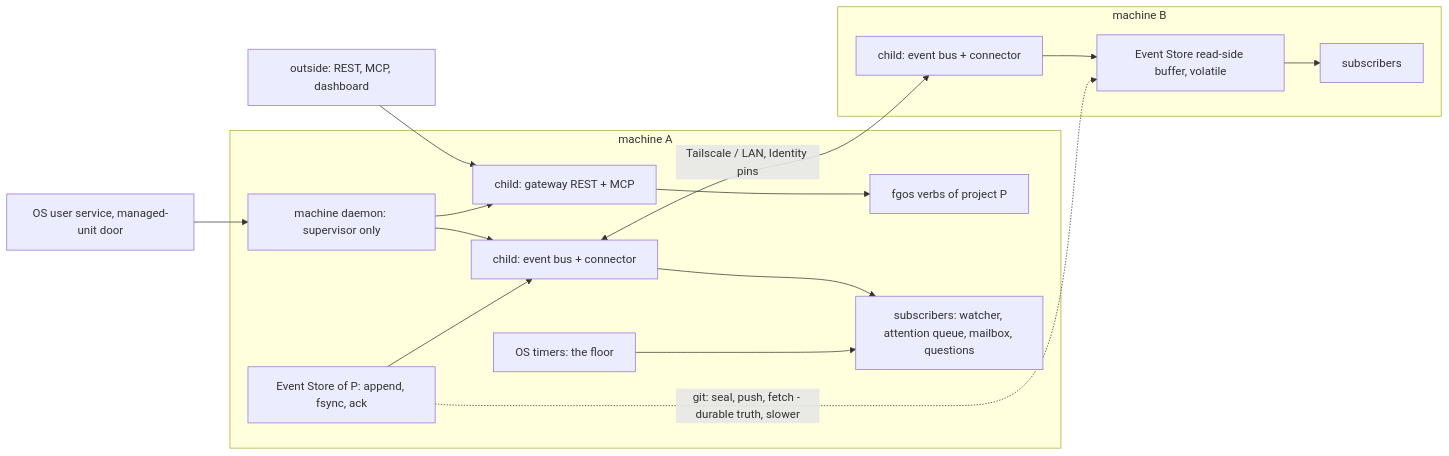
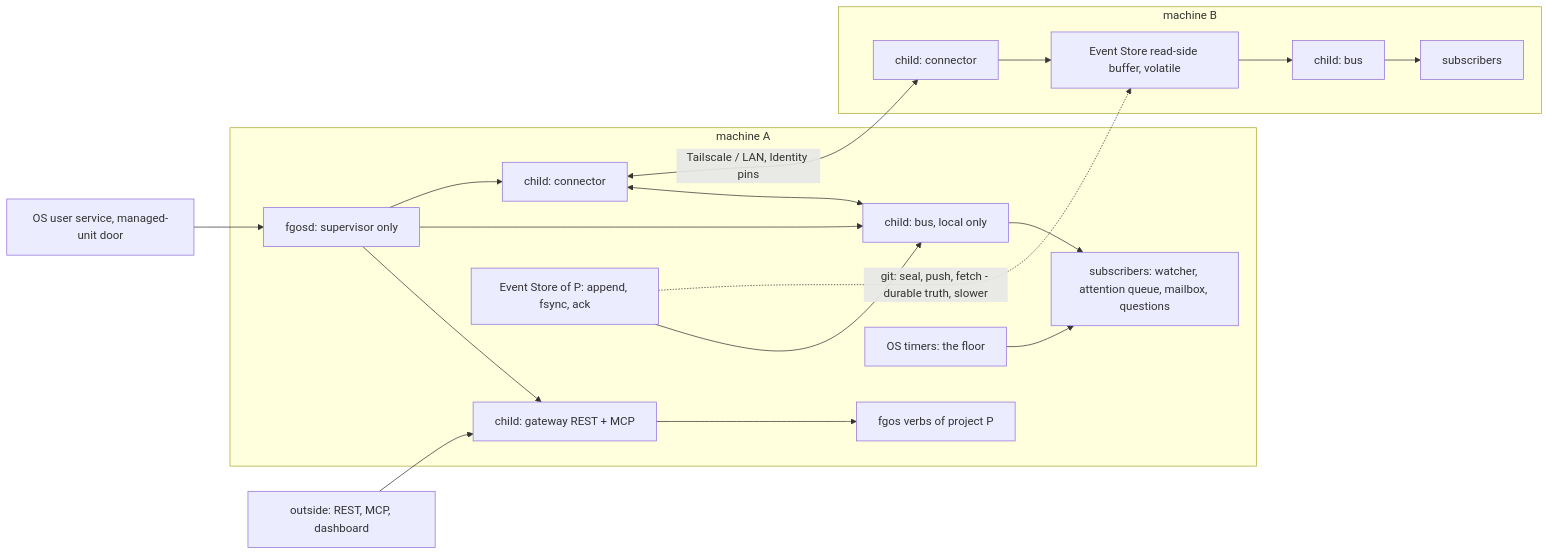
Before and after one commit to vantt/forgent: the diagram in plans/discussions/ds-64l3h22msc-gateway-cluster/DISCUSSION.md, drawn with Mermaid. The commit also changed other lines of this file, not shown here.

Commit message:
discussion(gateway-cluster): fgosd supervises gateway, bus and connector as three children

````diff
--- a/plans/discussions/ds-64l3h22msc-gateway-cluster/DISCUSSION.md
+++ b/plans/discussions/ds-64l3h22msc-gateway-cluster/DISCUSSION.md
@@ -235,19 +239,21 @@
 ```mermaid
 flowchart LR
   X[outside: REST, MCP, dashboard] --> GW1
   OS1[OS user service, managed-unit door] --> D1
   subgraph M1[machine A]
-    D1[machine daemon: supervisor only] --> GW1[child: gateway REST + MCP]
-    D1 --> BUS1[child: event bus + connector]
+    D1[fgosd: supervisor only] --> GW1[child: gateway REST + MCP]
+    D1 --> BUS1[child: bus, local only]
+    D1 --> CN1[child: connector]
     GW1 --> V1[fgos verbs of project P]
     ES1[Event Store of P: append, fsync, ack] --> BUS1
     BUS1 --> S1[subscribers: watcher, attention queue, mailbox, questions]
+    CN1 <--> BUS1
     T1[OS timers: the floor] --> S1
   end
   subgraph M2[machine B]
-    BUS2[child: event bus + connector] --> R2[Event Store read-side buffer, volatile]
-    R2 --> S2[subscribers]
+    CN2[child: connector] --> R2[Event Store read-side buffer, volatile]
+    R2 --> BUS2[child: bus] --> S2[subscribers]
   end
-  BUS1 <-->|Tailscale / LAN, Identity pins| BUS2
+  CN1 <-->|Tailscale / LAN, Identity pins| CN2
   ES1 -. git: seal, push, fetch - durable truth, slower .-> R2
 ```
````
